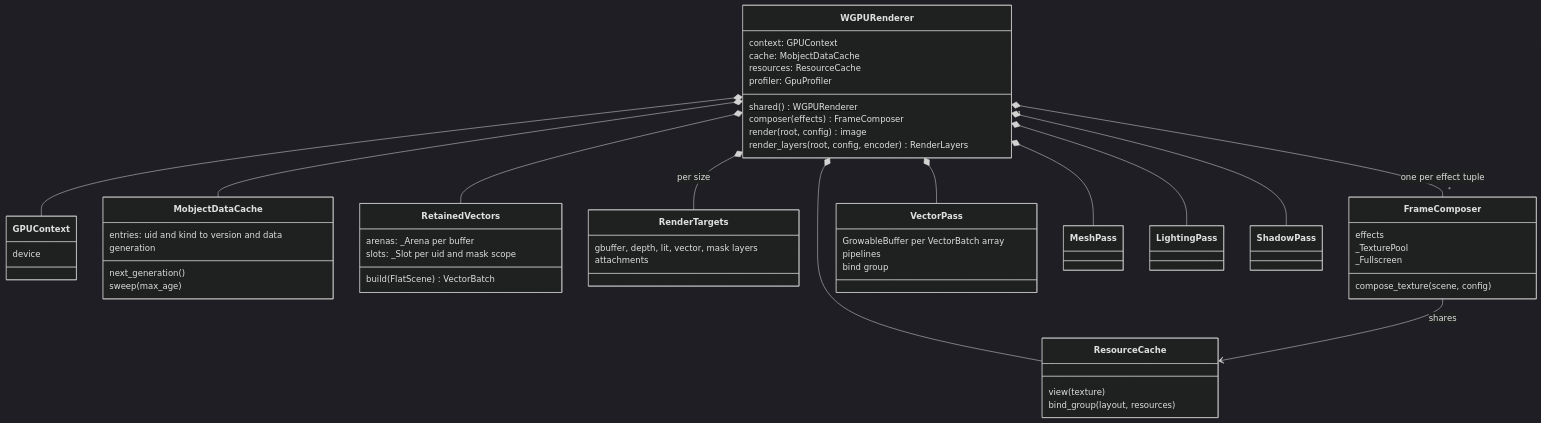
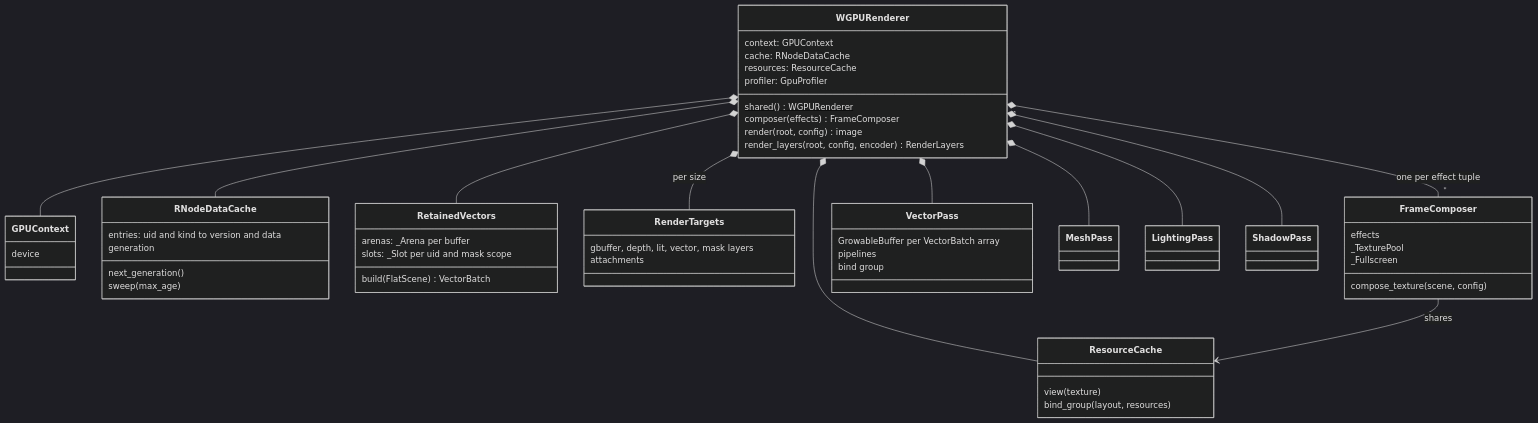
Before and after one commit to MrDiver/manim: the sixth of 8 diagrams in manimx/ARCHITECTURE.md, drawn with Mermaid (dark theme). The commit also changed other lines of this file and 16 other files, not shown here.

First line of the commit message:
manimx: rename MobjectDataCache to RNodeDataCache

````diff
--- a/manimx/ARCHITECTURE.md
+++ b/manimx/ARCHITECTURE.md
@@ -435,58 +435,58 @@
 ```mermaid
 classDiagram
     direction TB
     class WGPURenderer {
         shared()$ WGPURenderer
         context: GPUContext
-        cache: MobjectDataCache
+        cache: RNodeDataCache
         resources: ResourceCache
         profiler: GpuProfiler
         composer(effects) FrameComposer
         render(root, config) image
         render_layers(root, config, encoder) RenderLayers
     }
     class GPUContext {
         device
     }
-    class MobjectDataCache {
+    class RNodeDataCache {
         entries: uid and kind to version and data
         generation
         next_generation()
         sweep(max_age)
     }
     class ResourceCache {
         view(texture)
         bind_group(layout, resources)
     }
     class RetainedVectors {
         arenas: _Arena per buffer
         slots: _Slot per uid and mask scope
         build(FlatScene) VectorBatch
     }
     class RenderTargets {
         gbuffer, depth, lit, vector, mask layers
         attachments
     }
     class FrameComposer {
         effects
         _TexturePool
         _Fullscreen
         compose_texture(scene, config)
     }
     class VectorPass {
         GrowableBuffer per VectorBatch array
         pipelines
         bind group
     }
     WGPURenderer *-- GPUContext
-    WGPURenderer *-- MobjectDataCache
+    WGPURenderer *-- RNodeDataCache
     WGPURenderer *-- ResourceCache
     WGPURenderer *-- RetainedVectors
     WGPURenderer *-- RenderTargets : per size
     WGPURenderer *-- VectorPass
     WGPURenderer *-- MeshPass
     WGPURenderer *-- LightingPass
     WGPURenderer *-- ShadowPass
     WGPURenderer "1" *-- "*" FrameComposer : one per effect tuple
     FrameComposer --> ResourceCache : shares
 ```
````
